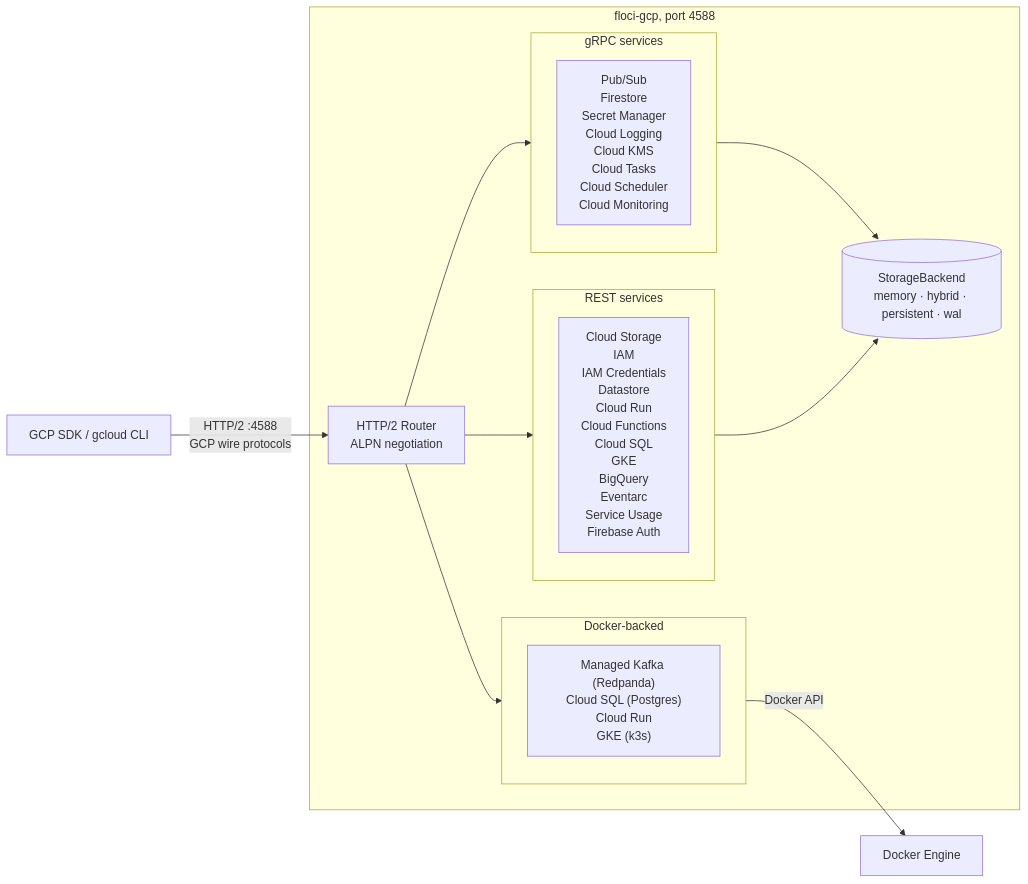
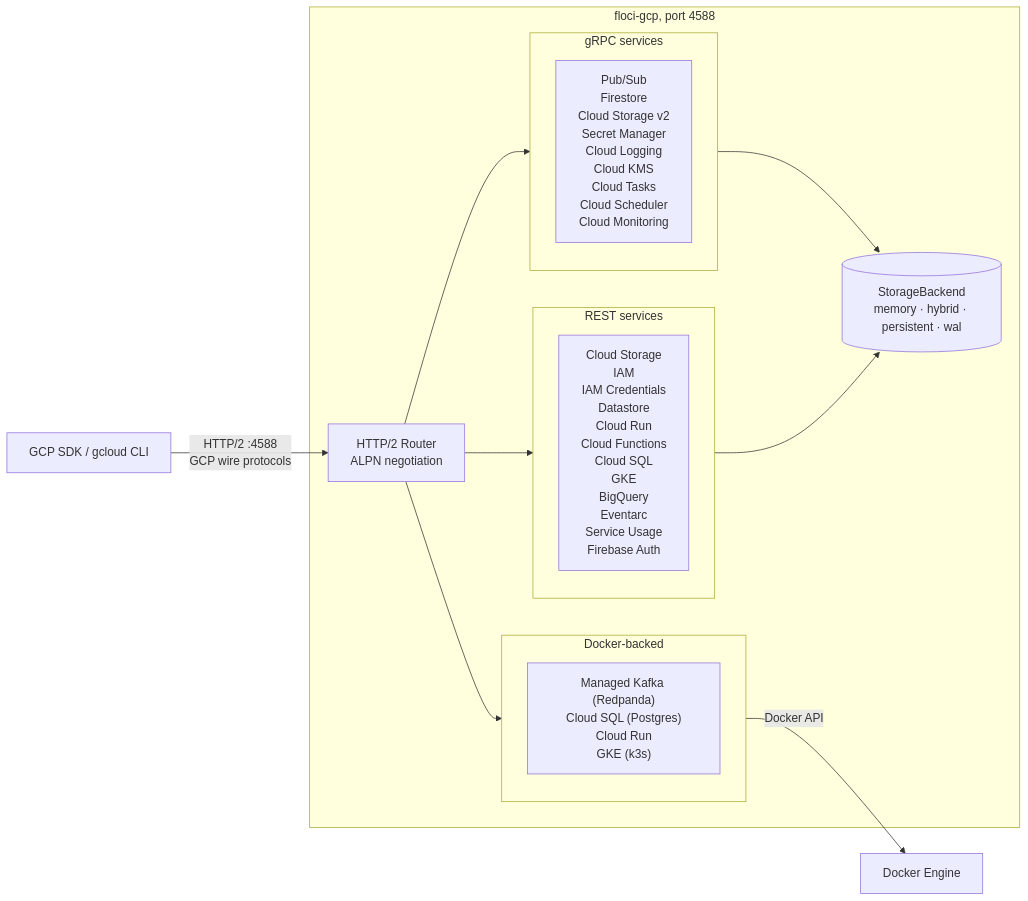
One commit to floci-io/floci-gcp changed the diagram in README.md. Above: the diagram before and after it, drawn with Mermaid. The commit also changed other lines of this file and 4 other files, not shown here.

Commit message:
docs: document Cloud Storage gRPC and Docker tests

````diff
--- a/README.md
+++ b/README.md
@@ -160,29 +160,29 @@
 ```mermaid
 flowchart LR
     Client["GCP SDK / gcloud CLI"]
 
     subgraph FlociGCP ["floci-gcp, port 4588"]
         Router["HTTP/2 Router\nALPN negotiation"]
 
         subgraph GRPC ["gRPC services"]
-            A["Pub/Sub\nFirestore\nSecret Manager\nCloud Logging\nCloud KMS\nCloud Tasks\nCloud Scheduler\nCloud Monitoring"]
+            A["Pub/Sub\nFirestore\nCloud Storage v2\nSecret Manager\nCloud Logging\nCloud KMS\nCloud Tasks\nCloud Scheduler\nCloud Monitoring"]
         end
 
         subgraph REST ["REST services"]
             B["Cloud Storage\nIAM\nIAM Credentials\nDatastore\nCloud Run\nCloud Functions\nCloud SQL\nGKE\nBigQuery\nEventarc\nService Usage\nFirebase Auth"]
         end
 
         subgraph Docker ["Docker-backed"]
             C["Managed Kafka (Redpanda)\nCloud SQL (Postgres)\nCloud Run\nGKE (k3s)"]
         end
 
         Router --> GRPC
         Router --> REST
         Router --> Docker
         GRPC & REST --> Store[("StorageBackend\nmemory · hybrid · persistent · wal")]
     end
 
     DockerEngine["Docker Engine"]
     Client -->|"HTTP/2 :4588\nGCP wire protocols"| Router
     Docker -->|"Docker API"| DockerEngine
 ```
````
